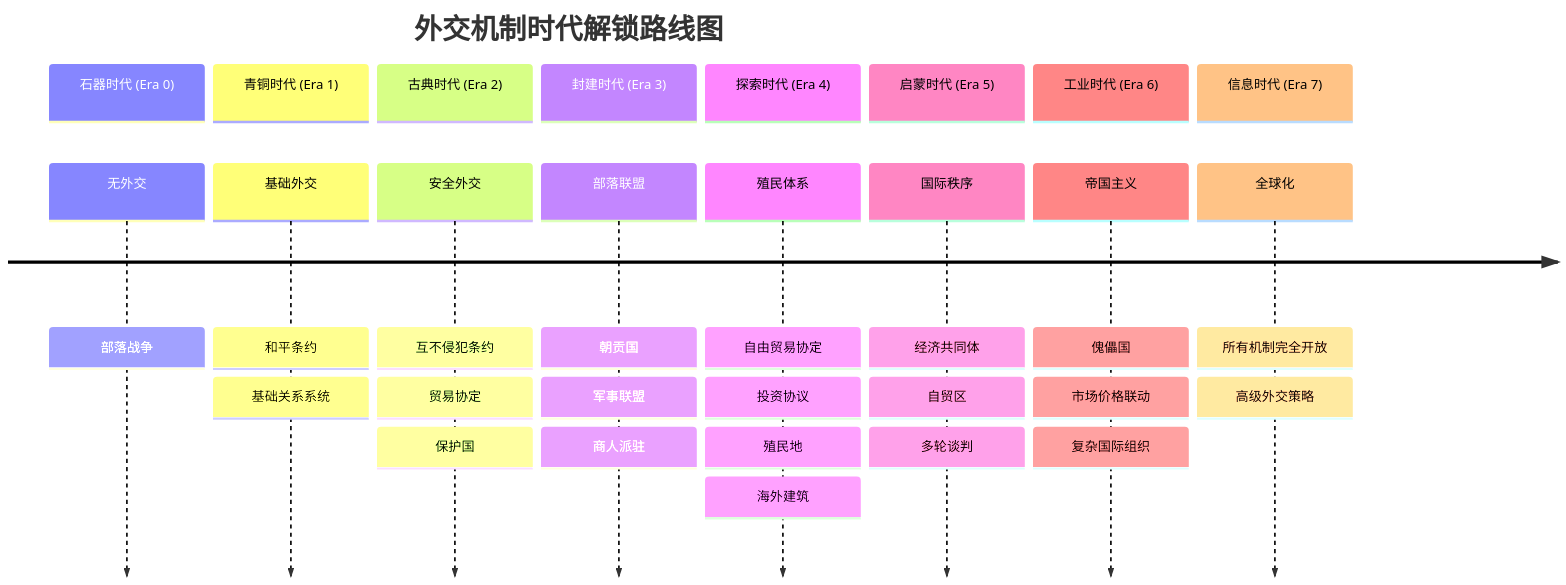
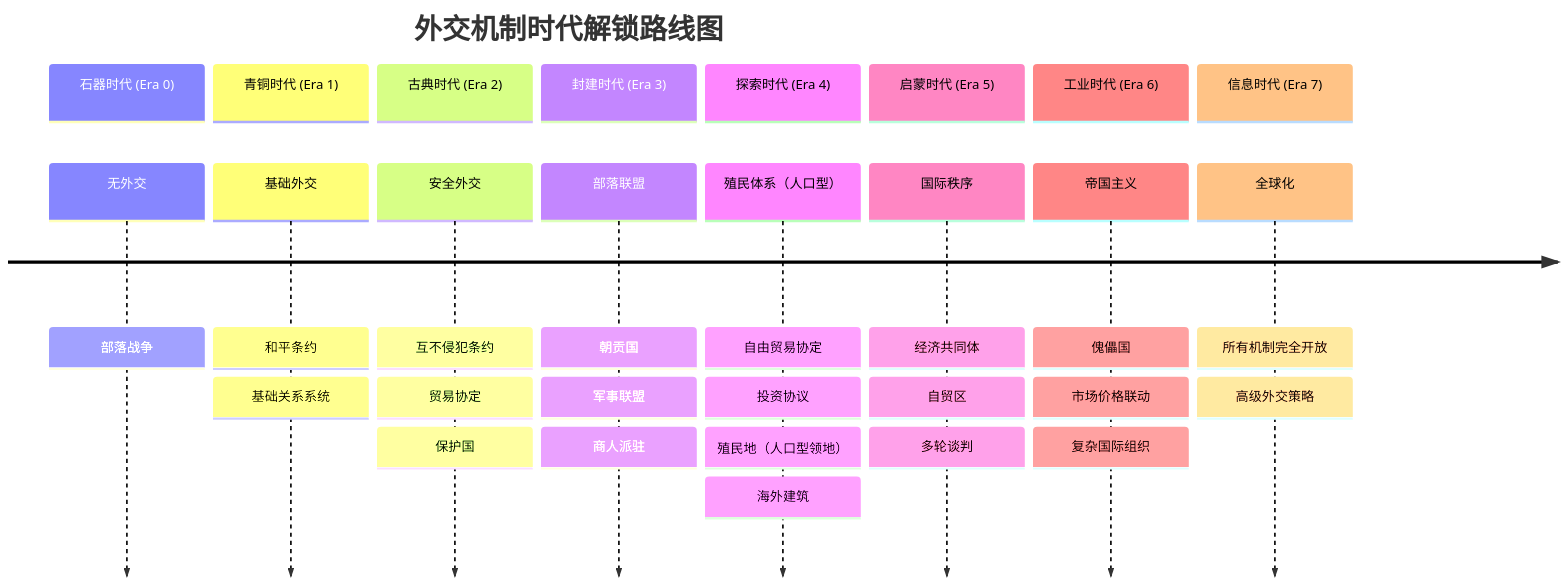
The first of 10 diagrams in docs/外交系统扩充.md (HkingAuditore/civ-game), drawn with Mermaid before and after one commit. The commit also changed other lines of this file and 5 other files, not shown here.

````diff
--- a/docs/外交系统扩充.md
+++ b/docs/外交系统扩充.md
@@ -32,33 +97,33 @@
 ```mermaid
 timeline
     title 外交机制时代解锁路线图
     section 石器时代 (Era 0)
         无外交 : 部落战争
     section 青铜时代 (Era 1)
         基础外交 : 和平条约
                  : 基础关系系统
     section 古典时代 (Era 2)
         安全外交 : 互不侵犯条约
                  : 贸易协定
                  : 保护国
     section 封建时代 (Era 3)
         部落联盟 : 朝贡国
                  : 军事联盟
                  : 商人派驻
     section 探索时代 (Era 4)
-        殖民体系 : 自由贸易协定
+        殖民体系（人口型） : 自由贸易协定
                  : 投资协议
-                 : 殖民地
+                 : 殖民地（人口型领地）
                  : 海外建筑
     section 启蒙时代 (Era 5)
         国际秩序 : 经济共同体
                  : 自贸区
                  : 多轮谈判
     section 工业时代 (Era 6)
         帝国主义 : 傀儡国
                  : 市场价格联动
                  : 复杂国际组织
     section 信息时代 (Era 7)
         全球化 : 所有机制完全开放
                : 高级外交策略
 ```
````
